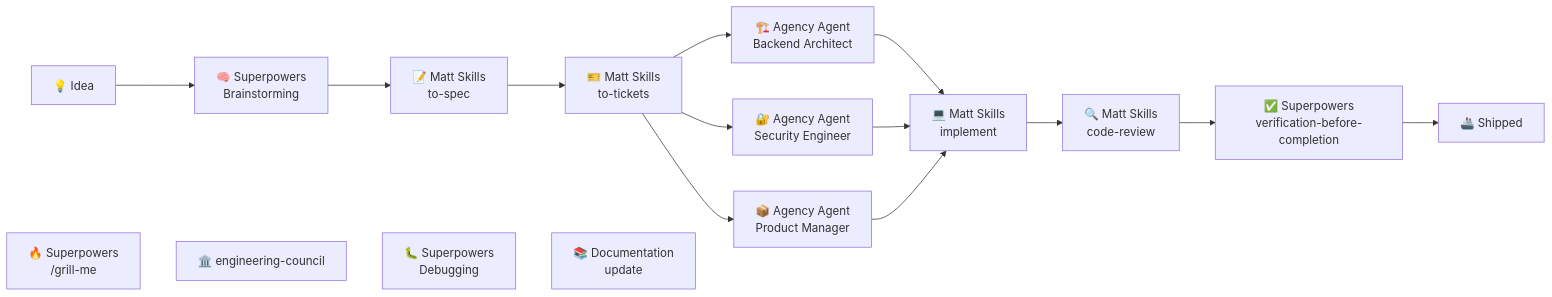
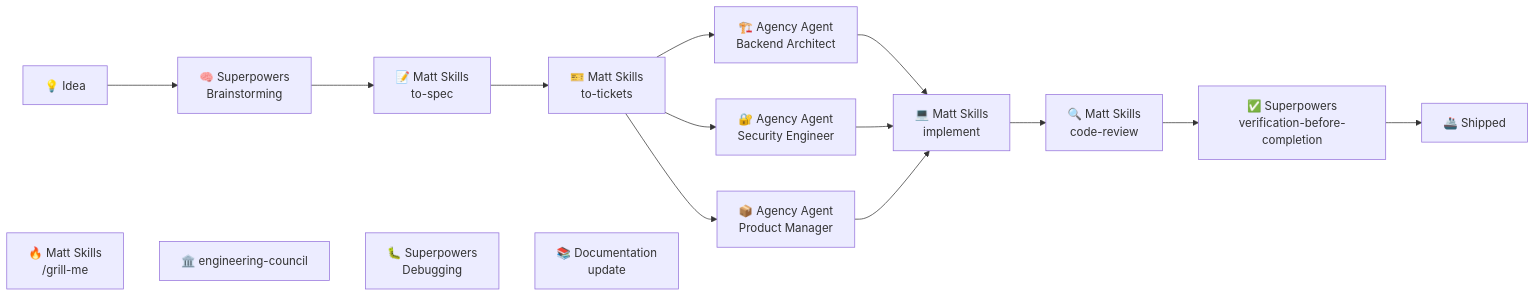
Before and after one commit to evermeer/CodingAgentOrchestration: the second of 2 diagrams in docs/part-2-how-to-use-an-ai-coding-agent.md, drawn with Mermaid. The commit also changed other lines of this file and 6 other files, not shown here.

````diff
--- a/docs/part-2-how-to-use-an-ai-coding-agent.md
+++ b/docs/part-2-how-to-use-an-ai-coding-agent.md
@@ -81,34 +81,34 @@
 ```mermaid
 flowchart LR
 
     Idea[💡 Idea]
         --> B["🧠 Superpowers<br/>Brainstorming"]
 
     B --> S["📝 Matt Skills<br/>to-spec"]
 
     S --> T["🎫 Matt Skills<br/>to-tickets"]
 
     T --> A1["🏗️ Agency Agent<br/>Backend Architect"]
     T --> A2["🔐 Agency Agent<br/>Security Engineer"]
     T --> A3["📦 Agency Agent<br/>Product Manager"]
 
     A1 --> I["💻 Matt Skills<br/>implement"]
     A2 --> I
     A3 --> I
 
     I --> R["🔍 Matt Skills<br/>code-review"]
 
     R --> V["✅ Superpowers<br/>verification-before-completion"]
 
     V --> Done[🚢 Shipped]
 
 
     %% invisible spacer row: pushes the optional-tools row (O1–O4) down ~one box height
     SPACER["&nbsp;<br/>&nbsp;"]
     style SPACER fill:transparent,stroke:transparent,color:transparent
 
-    O1["🔥 Superpowers<br/>/grill-me"]
+    O1["🔥 Matt Skills<br/>/grill-me"]
     O1 ~~~ O2["🏛️ engineering-council"]
     O2 ~~~ O3["🐛 Superpowers<br/>Debugging"]
     O3 ~~~ O4["📚 Documentation<br/>update"]
 ```
````
